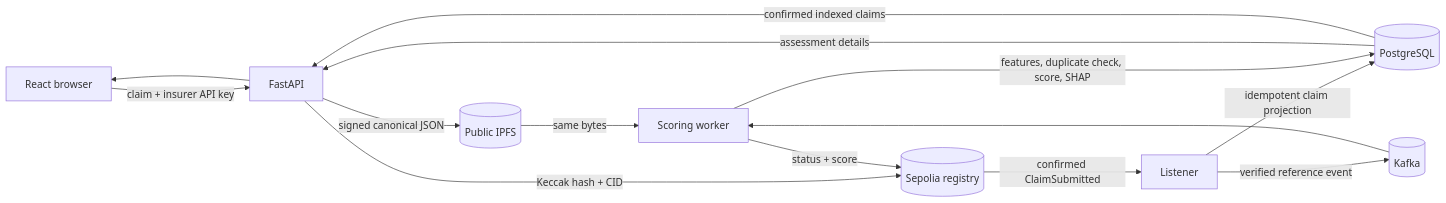
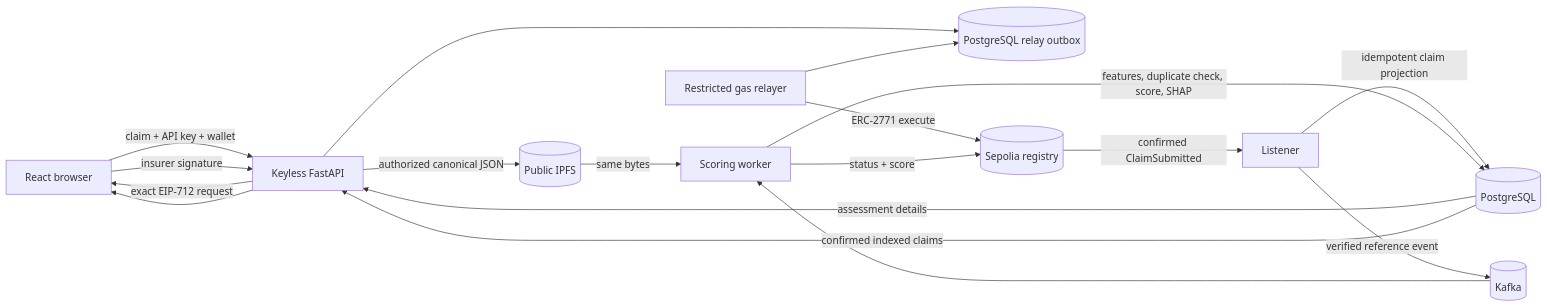
Before and after one commit to ganesh1997oli/Decentralized-Claims-Registry: the first of 3 diagrams in README.md, drawn with Mermaid. The commit also changed other lines of this file and 67 other files, not shown here.

````diff
--- a/README.md
+++ b/README.md
@@ -13,16 +13,20 @@
 ```mermaid
 flowchart LR
-    Browser["React browser"] -->|"claim + insurer API key"| API["FastAPI"]
-    API -->|"signed canonical JSON"| IPFS[("Public IPFS")]
-    API -->|"Keccak hash + CID"| Chain[("Sepolia registry")]
+    Browser["React browser"] -->|"claim + API key + wallet"| API["Keyless FastAPI"]
+    API -->|"authorized canonical JSON"| IPFS[("Public IPFS")]
+    API -->|"exact EIP-712 request"| Browser
+    Browser -->|"insurer signature"| API
+    API --> Outbox[("PostgreSQL relay outbox")]
+    Relayer["Restricted gas relayer"] --> Outbox
+    Relayer -->|"ERC-2771 execute"| Chain[("Sepolia registry")]
     Chain -->|"confirmed ClaimSubmitted"| Listener["Listener"]
     Listener -->|"idempotent claim projection"| Postgres[("PostgreSQL")]
     Listener -->|"verified reference event"| Kafka[("Kafka")]
     Kafka --> Worker["Scoring worker"]
     IPFS -->|"same bytes"| Worker
     Worker -->|"features, duplicate check, score, SHAP"| Postgres
     Worker -->|"status + score"| Chain
     Postgres -->|"assessment details"| API
     Postgres -->|"confirmed indexed claims"| API
     API --> Browser
 ```
````
